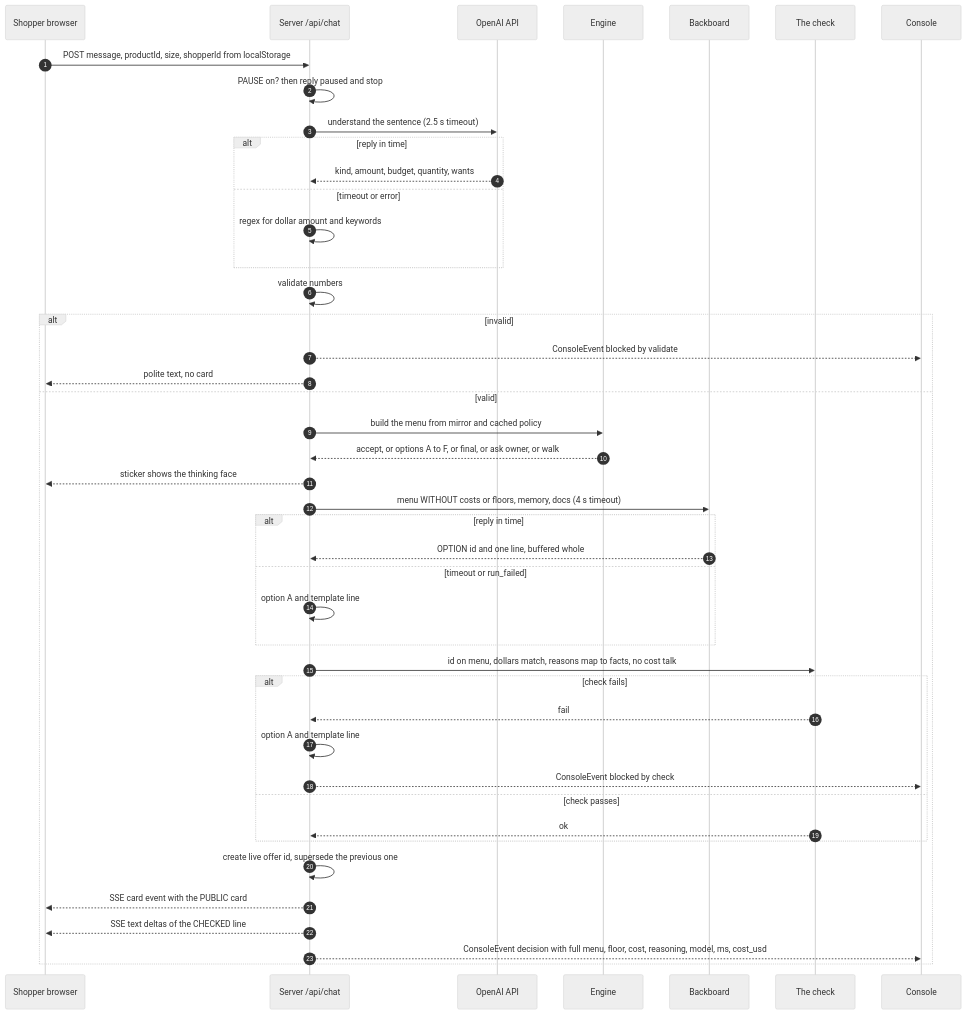
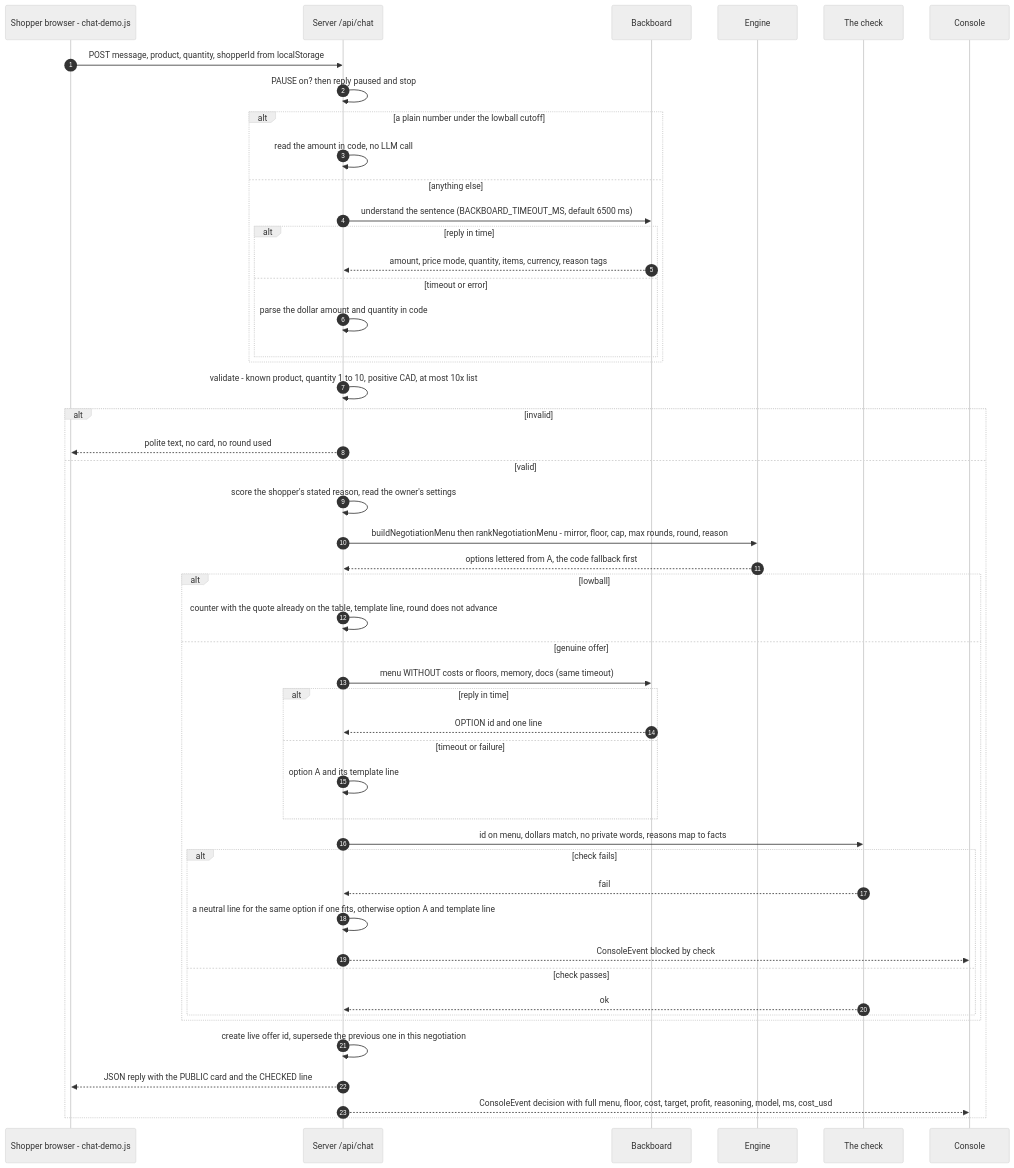
Before and after one commit to Maristanez/bazaar: the fifth of 22 diagrams in docs/ARCHITECTURE.md, drawn with Mermaid (neutral theme). The commit also changed other lines of this file and 13 other files, not shown here.

First line of the commit message:
Docs say what the code does; the applications lead

````diff
--- a/docs/ARCHITECTURE.md
+++ b/docs/ARCHITECTURE.md
@@ -209,47 +195,52 @@
 ```mermaid
 sequenceDiagram
   autonumber
-  participant S as Shopper browser
+  participant S as Shopper browser - chat-demo.js
   participant A as Server /api/chat
-  participant O as OpenAI API
+  participant B as Backboard
   participant E as Engine
-  participant B as Backboard
   participant K as The check
   participant C as Console
 
-  S->>A: POST message, productId, size, shopperId from localStorage
+  S->>A: POST message, product, quantity, shopperId from localStorage
   A->>A: PAUSE on? then reply paused and stop
-  A->>O: understand the sentence (2.5 s timeout)
-  alt reply in time
-    O-->>A: kind, amount, budget, quantity, wants
-  else timeout or error
-    A->>A: regex for dollar amount and keywords
+  alt a plain number under the lowball cutoff
+    A->>A: read the amount in code, no LLM call
+  else anything else
+    A->>B: understand the sentence (BACKBOARD_TIMEOUT_MS, default 6500 ms)
+    alt reply in time
+      B-->>A: amount, price mode, quantity, items, currency, reason tags
+    else timeout or error
+      A->>A: parse the dollar amount and quantity in code
+    end
   end
-  A->>A: validate numbers
+  A->>A: validate - known product, quantity 1 to 10, positive CAD, at most 10x list
   alt invalid
-    A-->>C: ConsoleEvent blocked by validate
-    A-->>S: polite text, no card
+    A-->>S: polite text, no card, no round used
   else valid
-    A->>E: build the menu from mirror and cached policy
-    E-->>A: accept, or options A to F, or final, or ask owner, or walk
-    A-->>S: sticker shows the thinking face
-    A->>B: menu WITHOUT costs or floors, memory, docs (4 s timeout)
-    alt reply in time
-      B-->>A: OPTION id and one line, buffered whole
-    else timeout or run_failed
-      A->>A: option A and template line
+    A->>A: score the shopper's stated reason, read the owner's settings
+    A->>E: buildNegotiationMenu then rankNegotiationMenu - mirror, floor, cap, max rounds, round, reason
+    E-->>A: options lettered from A, the code fallback first
+    alt lowball
+      A->>A: counter with the quote already on the table, template line, round does not advance
+    else genuine offer
+      A->>B: menu WITHOUT costs or floors, memory, docs (same timeout)
+      alt reply in time
+        B-->>A: OPTION id and one line
+      else timeout or failure
+        A->>A: option A and its template line
+      end
+      A->>K: id on menu, dollars match, no private words, reasons map to facts
+      alt check fails
+        K-->>A: fail
+        A->>A: a neutral line for the same option if one fits, otherwise option A and template line
+        A-->>C: ConsoleEvent blocked by check
+      else check passes
+        K-->>A: ok
+      end
     end
-    A->>K: id on menu, dollars match, reasons map to facts, no cost talk
-    alt check fails
-      K-->>A: fail
-      A->>A: option A and template line
-      A-->>C: ConsoleEvent blocked by check
-    else check passes
-      K-->>A: ok
-    end
-    A->>A: create live offer id, supersede the previous one
-    A-->>S: SSE card event with the PUBLIC card
-    A-->>S: SSE text deltas of the CHECKED line
-    A-->>C: ConsoleEvent decision with full menu, floor, cost, reasoning, model, ms, cost_usd
+    A->>A: create live offer id, supersede the previous one in this negotiation
+    A-->>S: JSON reply with the PUBLIC card and the CHECKED line
+    A-->>C: ConsoleEvent decision with full menu, floor, cost, target, profit, reasoning, model, ms, cost_usd
   end
 ```
````
